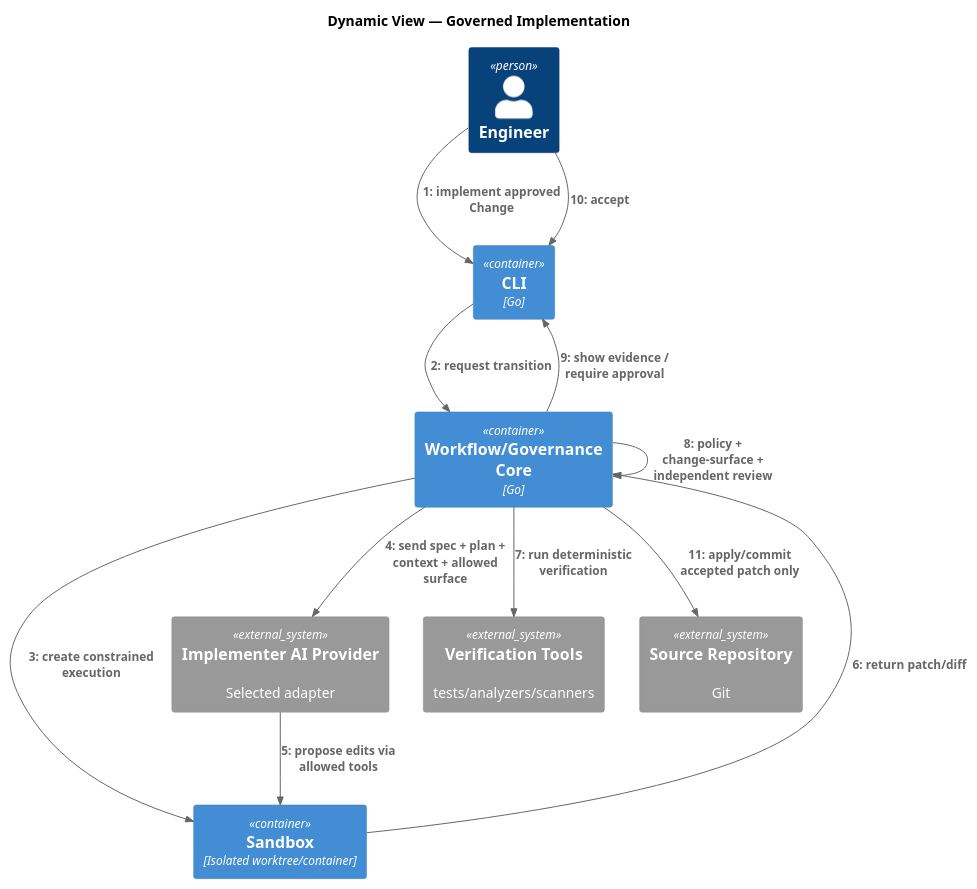
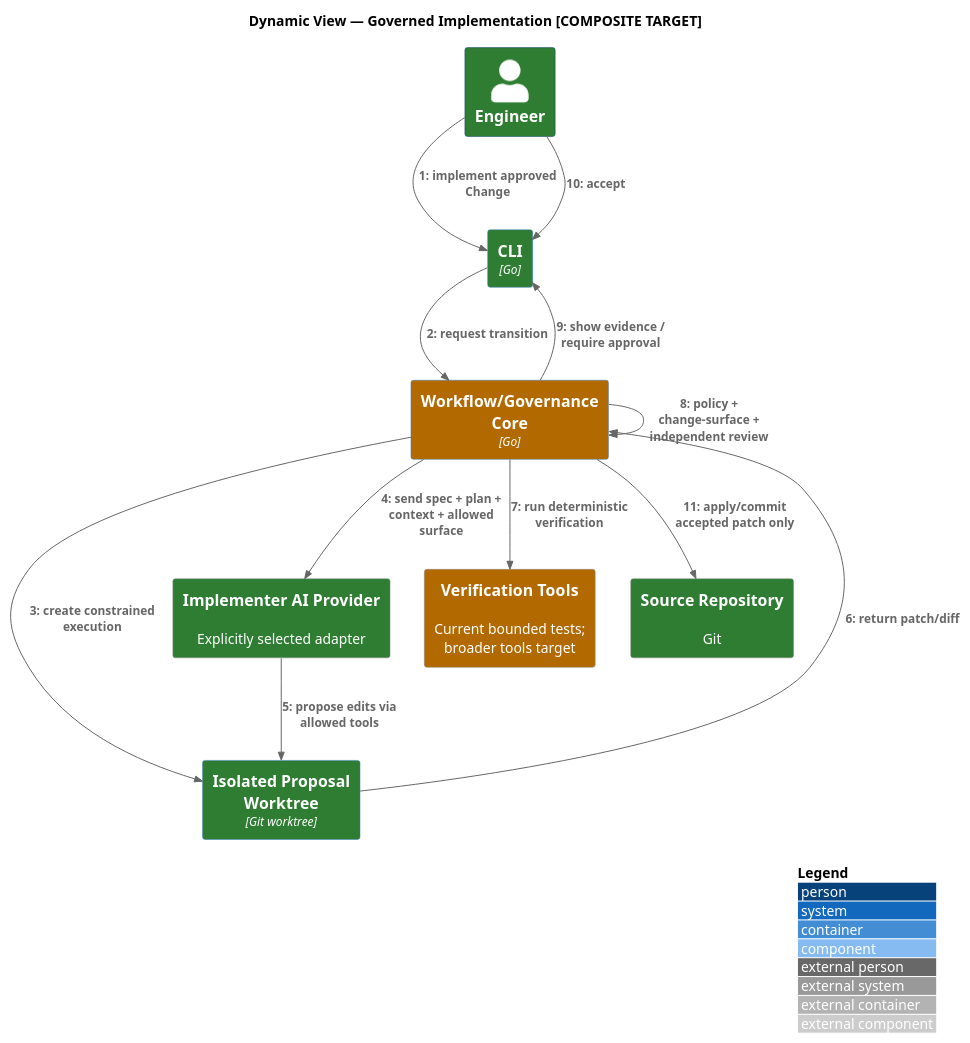
One commit to Eu-Pedro0ficial/praetor changed the diagram in docs/architecture/src/docs/arc42/diagrams/dynamic-change-execution.puml. Above: the diagram before and after it, drawn with PlantUML. The commit also changed 55 other files, not shown here.

Commit message:
docs: reconcile roadmap v2 and architecture traceability

```diff
--- a/docs/architecture/src/docs/arc42/diagrams/dynamic-change-execution.puml
+++ b/docs/architecture/src/docs/arc42/diagrams/dynamic-change-execution.puml
@@ -1,22 +1,26 @@
 @startuml
 !include <C4/C4_Dynamic>
-title Dynamic View — Governed Implementation
-Person(engineer, "Engineer")
-Container(cli, "CLI", "Go")
-Container(core, "Workflow/Governance Core", "Go")
-Container(sandbox, "Sandbox", "Isolated worktree/container")
-System_Ext(ai, "Implementer AI Provider", "Selected adapter")
-System_Ext(tools, "Verification Tools", "tests/analyzers/scanners")
-System_Ext(src, "Source Repository", "Git")
+AddElementTag("AS-IS", $bgColor="#2E7D32", $fontColor="#FFFFFF", $legendText="AS-IS")
+AddElementTag("PARTIAL", $bgColor="#B26A00", $fontColor="#FFFFFF", $legendText="PARTIAL")
+AddElementTag("TARGET", $bgColor="#2457A7", $fontColor="#FFFFFF", $legendText="TARGET")
+LAYOUT_WITH_LEGEND()
+title Dynamic View — Governed Implementation [COMPOSITE TARGET]
+Person(engineer, "Engineer", $tags="AS-IS")
+Container(cli, "CLI", "Go", $tags="AS-IS")
+Container(core, "Workflow/Governance Core", "Go", $tags="PARTIAL")
+Container(sandbox, "Isolated Proposal Worktree", "Git worktree", $tags="AS-IS")
+System_Ext(ai, "Implementer AI Provider", "Explicitly selected adapter", $tags="AS-IS")
+System_Ext(tools, "Verification Tools", "Current bounded tests; broader tools target", $tags="PARTIAL")
+System_Ext(src, "Source Repository", "Git", $tags="AS-IS")
 RelIndex(1, engineer, cli, "implement approved Change")
 RelIndex(2, cli, core, "request transition")
 RelIndex(3, core, sandbox, "create constrained execution")
 RelIndex(4, core, ai, "send spec + plan + context + allowed surface")
 RelIndex(5, ai, sandbox, "propose edits via allowed tools")
 RelIndex(6, sandbox, core, "return patch/diff")
 RelIndex(7, core, tools, "run deterministic verification")
 RelIndex(8, core, core, "policy + change-surface + independent review")
 RelIndex(9, core, cli, "show evidence / require approval")
 RelIndex(10, engineer, cli, "accept")
 RelIndex(11, core, src, "apply/commit accepted patch only")
 @enduml
```
